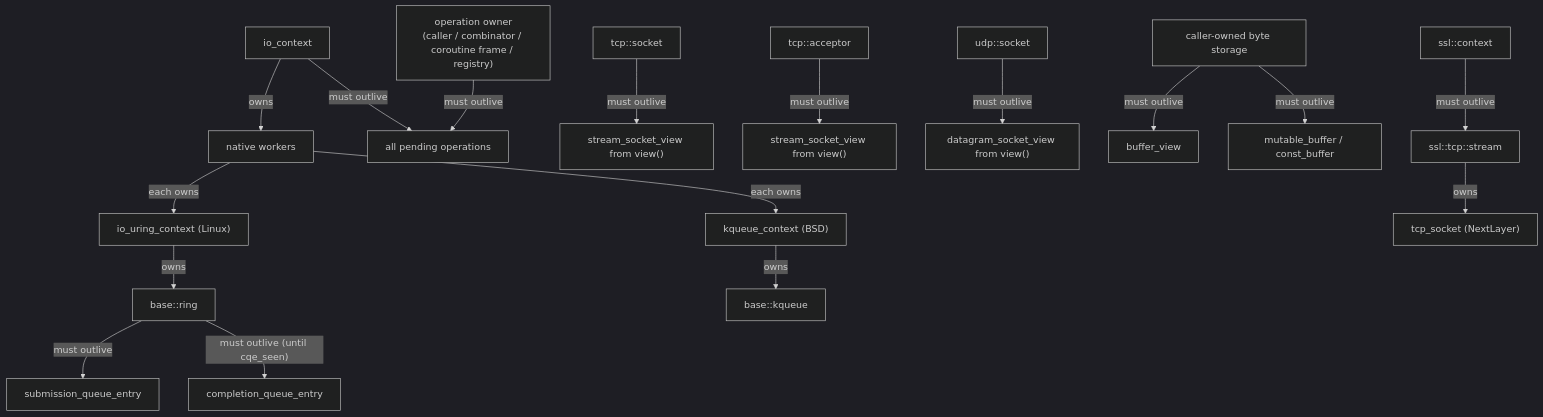
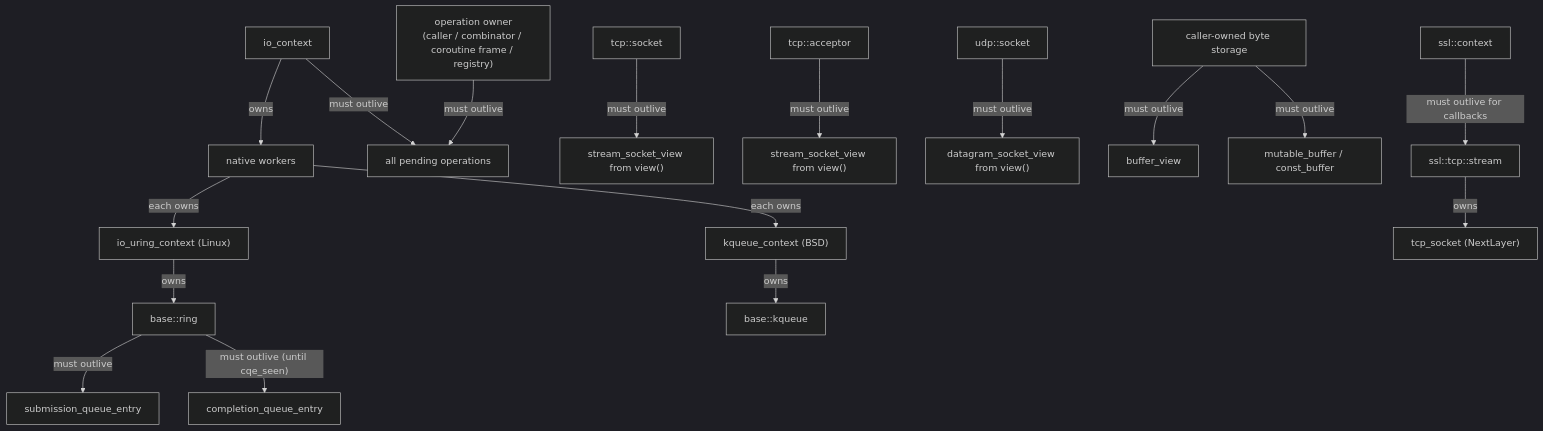
The second of 3 diagrams in docs/design/lifecycle.md (haomingbai/bnio), drawn with Mermaid (dark theme) before and after one commit. The commit also changed other lines of this file and 19 other files, not shown here.

````diff
--- a/docs/design/lifecycle.md
+++ b/docs/design/lifecycle.md
@@ -52,24 +52,24 @@
 ```mermaid
 graph TB
     Ctx["io_context"] -->|"owns"| Workers["native workers"]
     Workers -->|"each owns"| UCtx["io_uring_context (Linux)"]
     UCtx -->|"owns"| Ring["base::ring"]
     Workers -->|"each owns"| KCtx["kqueue_context (BSD)"]
     KCtx -->|"owns"| KQ["base::kqueue"]
 
     OpOwner["operation owner<br/>(caller / combinator / coroutine frame / registry)"] -->|"must outlive"| Ops["all pending operations"]
     Ctx -->|"must outlive"| Ops
 
     Ring -->|"must outlive"| SQE["submission_queue_entry"]
     Ring -->|"must outlive (until cqe_seen)"| CQE["completion_queue_entry"]
 
     TCPSock["tcp::socket"] -->|"must outlive"| SView["stream_socket_view from view()"]
     TCPAcpt["tcp::acceptor"] -->|"must outlive"| LView["stream_socket_view from view()"]
     UDPSock["udp::socket"] -->|"must outlive"| DView["datagram_socket_view from view()"]
 
     UserBuf["caller-owned byte storage"] -->|"must outlive"| BufView["buffer_view"]
     UserBuf -->|"must outlive"| MBuf["mutable_buffer / const_buffer"]
 
-    SSLCtx["ssl::context"] -->|"must outlive"| SSLStream["ssl::tcp::stream"]
+    SSLCtx["ssl::context"] -->|"must outlive for callbacks"| SSLStream["ssl::tcp::stream"]
     SSLStream -->|"owns"| Inner["tcp_socket (NextLayer)"]
 ```
````
